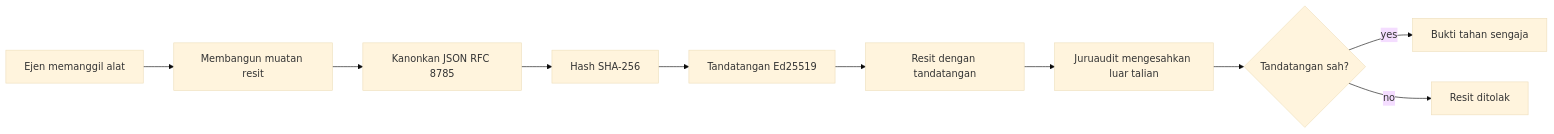
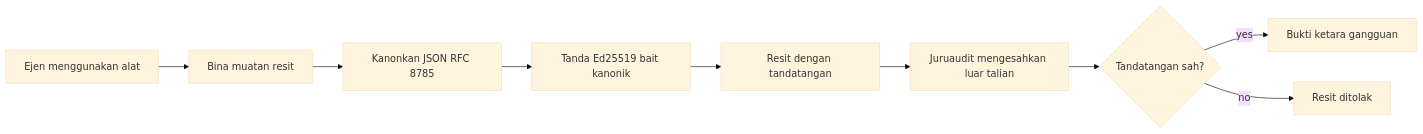
One commit to gabrielmoreira/agent-skills-mirror changed the first of 2 diagrams in mirrors/repos/microsoft@ai-agents-for-beginners/translations/ms/18-securing-ai-agents/README.md. Above: the diagram before and after it, drawn with Mermaid (base theme). The commit also changed other lines of this file and 4262 other files, not shown here.

````diff
--- a/mirrors/repos/microsoft@ai-agents-for-beginners/translations/ms/18-securing-ai-agents/README.md
+++ b/mirrors/repos/microsoft@ai-agents-for-beginners/translations/ms/18-securing-ai-agents/README.md
@@ -51,12 +51,11 @@
 ```mermaid
 flowchart LR
-    A[Ejen memanggil alat] --> B[Membangun muatan resit]
+    A[Ejen menggunakan alat] --> B[Bina muatan resit]
     B --> C[Kanonkan JSON RFC 8785]
-    C --> D[Hash SHA-256]
-    D --> E[Tandatangan Ed25519]
+    C --> E[Tanda Ed25519 bait kanonik]
     E --> F[Resit dengan tandatangan]
     F --> G[Juruaudit mengesahkan luar talian]
     G --> H{Tandatangan sah?}
-    H -- yes --> I[Bukti tahan sengaja]
+    H -- yes --> I[Bukti ketara gangguan]
     H -- no --> J[Resit ditolak]
 ```
````
